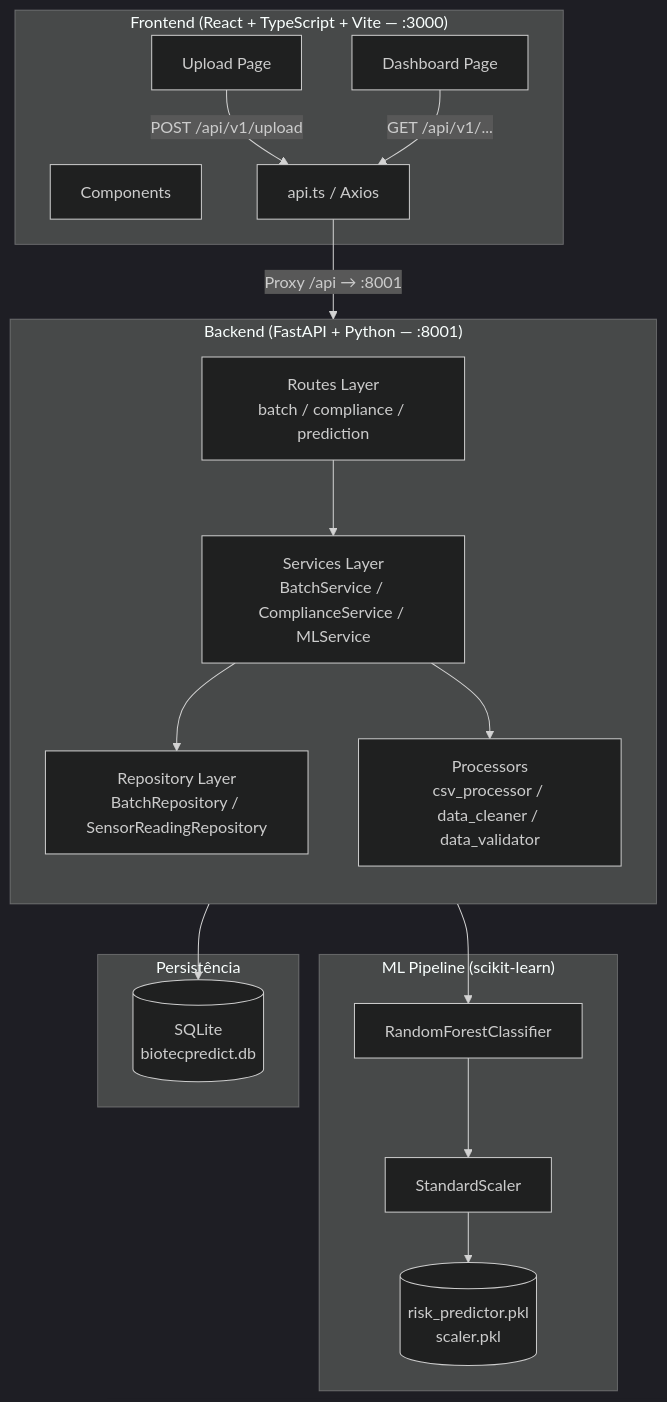
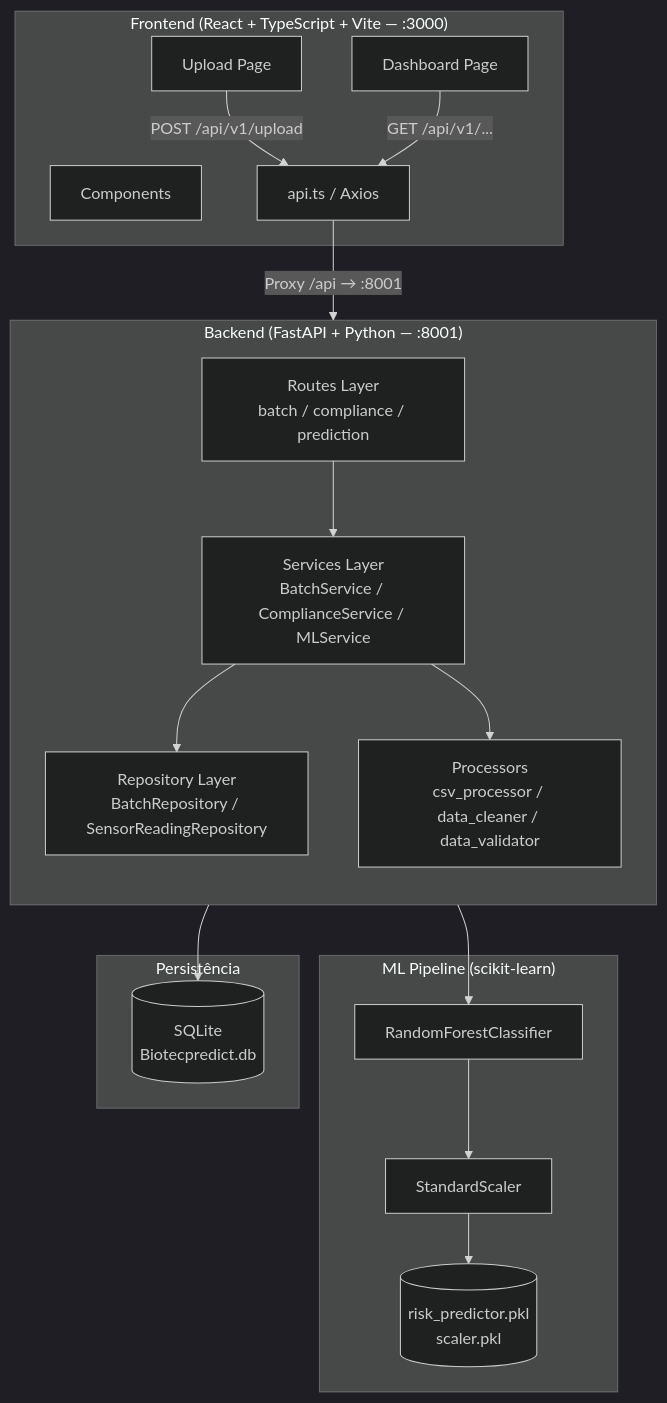
One commit to micheleoliveiracod/Projeto-avaliativo-M1-2-BiotecPredict changed the first of 7 diagrams in docs/PRD.md. Above: the diagram before and after it, drawn with Mermaid (dark theme). The commit also changed 6 other files, not shown here.

````diff
--- a/docs/PRD.md
+++ b/docs/PRD.md
@@ -298,38 +298,38 @@
 ```mermaid
 graph TB
     subgraph Frontend ["Frontend (React + TypeScript + Vite — :3000)"]
         UI[Upload Page]
         DASH[Dashboard Page]
         COMP[Components]
         SVC[api.ts / Axios]
     end
 
     subgraph Backend ["Backend (FastAPI + Python — :8001)"]
         direction TB
         ROUTES[Routes Layer<br/>batch / compliance / prediction]
         SERVICES[Services Layer<br/>BatchService / ComplianceService / MLService]
         REPOS[Repository Layer<br/>BatchRepository / SensorReadingRepository]
         PROCS[Processors<br/>csv_processor / data_cleaner / data_validator]
     end
 
     subgraph ML ["ML Pipeline (scikit-learn)"]
         RF[RandomForestClassifier]
         SC[StandardScaler]
         PKL[(risk_predictor.pkl<br/>scaler.pkl)]
     end
 
     subgraph DB ["Persistência"]
-        SQLITE[(SQLite<br/>biotecpredict.db)]
+        SQLITE[(SQLite<br/>Biotecpredict.db)]
     end
 
     UI -- "POST /api/v1/upload" --> SVC
     DASH -- "GET /api/v1/..." --> SVC
     SVC -- "Proxy /api → :8001" --> ROUTES
     ROUTES --> SERVICES
     SERVICES --> REPOS
     SERVICES --> PROCS
     SERVICES --> RF
     RF --> SC
     SC --> PKL
     REPOS --> SQLITE
 ```
````
